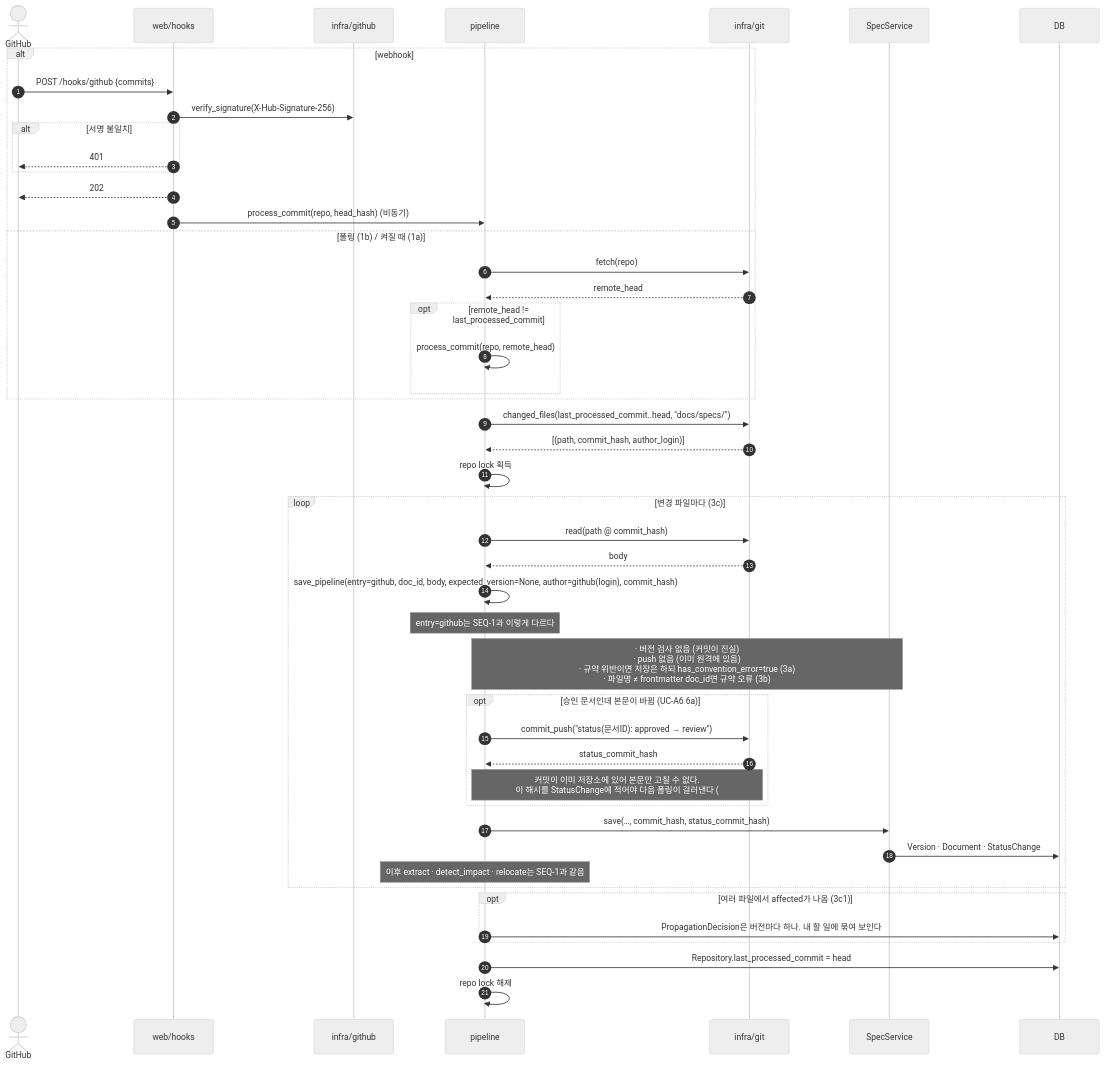
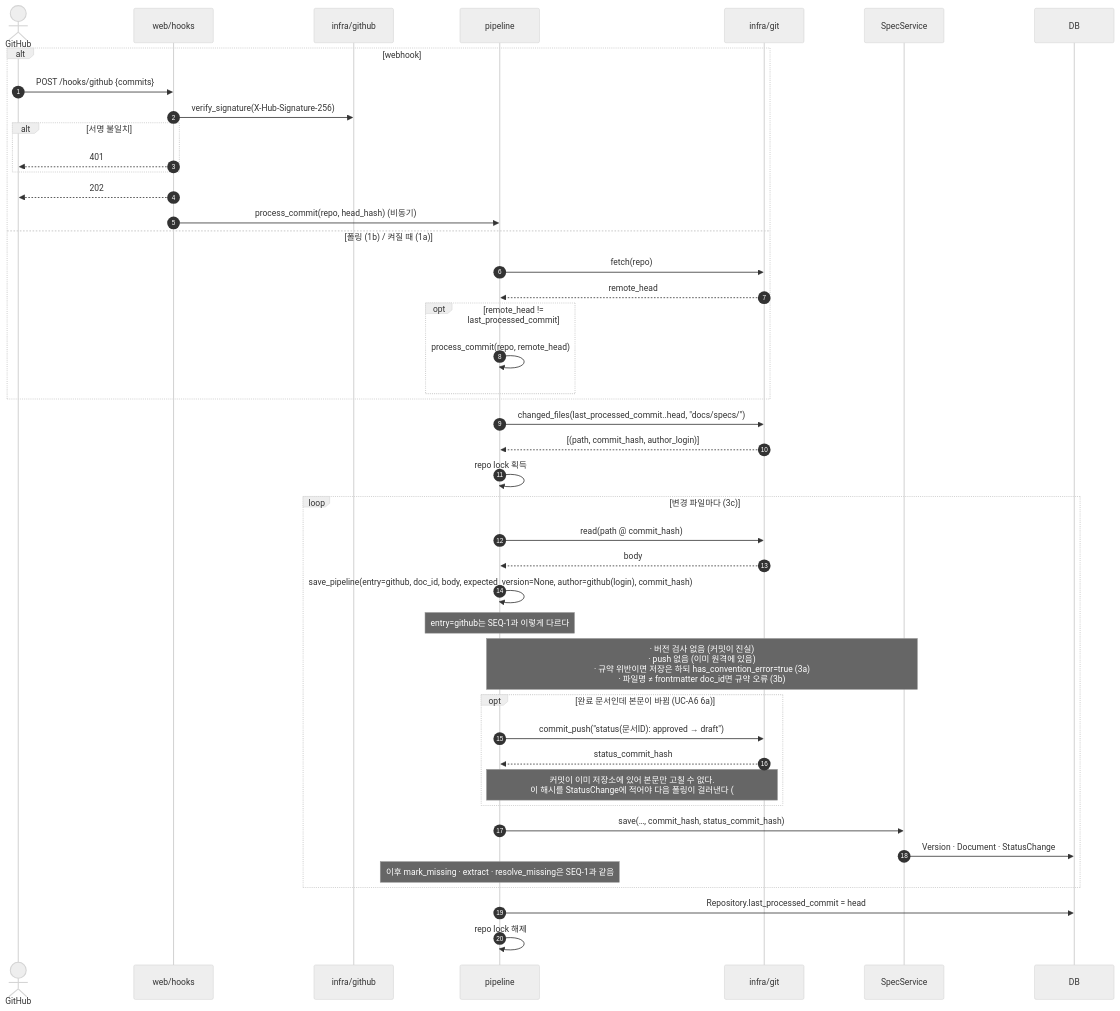
One commit to HoyoungParkme/syncdoc changed the second of 22 diagrams in docs/specs/09-SEQ/SYNC-SEQ-001.md. Above: the diagram before and after it, drawn with Mermaid (neutral theme). The commit also changed other lines of this file and 100 other files, not shown here.

````diff
--- a/docs/specs/09-SEQ/SYNC-SEQ-001.md
+++ b/docs/specs/09-SEQ/SYNC-SEQ-001.md
@@ -222,51 +196,48 @@
 ```mermaid
 sequenceDiagram
     autonumber
     actor GH as GitHub
     participant H as web/hooks
     participant GHI as infra/github
     participant P as pipeline
     participant G as infra/git
     participant S as SpecService
     participant DB
 
     alt webhook
         GH->>H: POST /hooks/github {commits}
         H->>GHI: verify_signature(X-Hub-Signature-256)
         alt 서명 불일치
             H-->>GH: 401
         end
         H-->>GH: 202
         H->>P: process_commit(repo, head_hash) (비동기)
     else 폴링 (1b) / 켜질 때 (1a)
         P->>G: fetch(repo)
         G-->>P: remote_head
         opt remote_head != last_processed_commit
             P->>P: process_commit(repo, remote_head)
         end
     end
 
     P->>G: changed_files(last_processed_commit..head, "docs/specs/")
     G-->>P: [(path, commit_hash, author_login)]
     P->>P: repo lock 획득
     loop 변경 파일마다 (3c)
         P->>G: read(path @ commit_hash)
         G-->>P: body
         P->>P: save_pipeline(entry=github, doc_id, body, expected_version=None, author=github(login), commit_hash)
         Note over P: entry=github는 SEQ-1과 이렇게 다르다
         Note over P,S: · 버전 검사 없음 (커밋이 진실)<br/>· push 없음 (이미 원격에 있음)<br/>· 규약 위반이면 저장은 하되 has_convention_error=true (3a)<br/>· 파일명 ≠ frontmatter doc_id면 규약 오류 (3b)
-        opt 승인 문서인데 본문이 바뀜 (UC-A6 6a)
-            P->>G: commit_push("status(문서ID): approved → review")
+        opt 완료 문서인데 본문이 바뀜 (UC-A6 6a)
+            P->>G: commit_push("status(문서ID): approved → draft")
             G-->>P: status_commit_hash
             Note over P,G: 커밋이 이미 저장소에 있어 본문만 고칠 수 없다.<br/>이 해시를 StatusChange에 적어야 다음 폴링이 걸러낸다 (#58)
         end
         P->>S: save(…, commit_hash, status_commit_hash)
         S->>DB: Version · Document · StatusChange
-        Note over P: 이후 extract · detect_impact · relocate는 SEQ-1과 같음
-    end
-    opt 여러 파일에서 affected가 나옴 (3c1)
-        P->>DB: PropagationDecision은 버전마다 하나. 내 할 일에 묶여 보인다
+        Note over P: 이후 mark_missing · extract · resolve_missing은 SEQ-1과 같음
     end
     P->>DB: Repository.last_processed_commit = head
     P->>P: repo lock 해제
 ```
````
